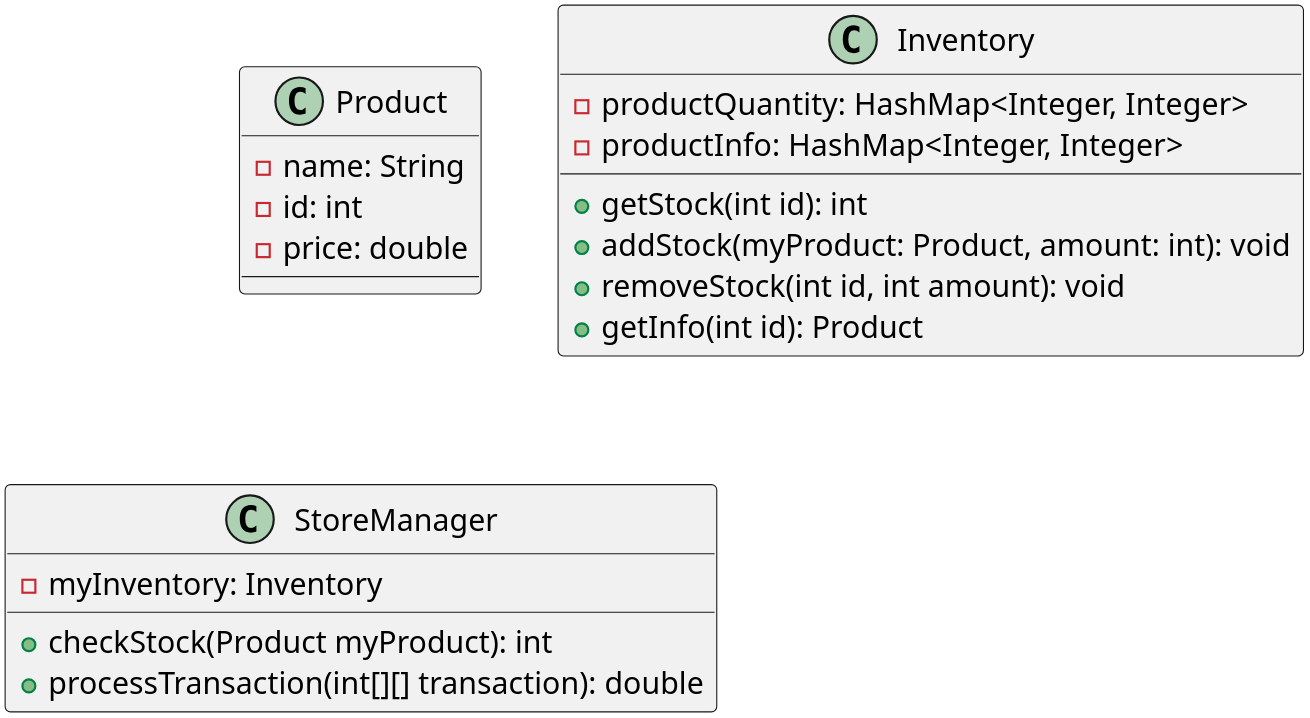
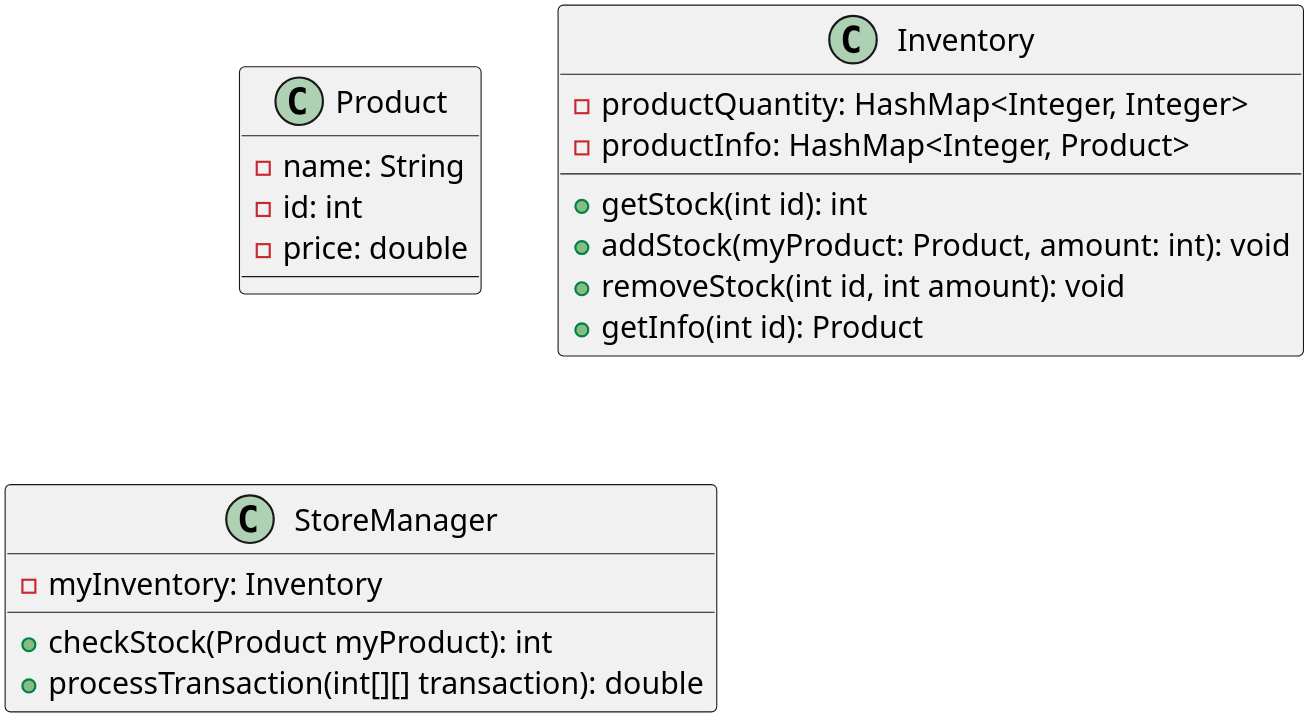
The diagram in UML.puml (ASpaceFrog/E-Commerce-App), drawn with PlantUML before and after one commit. The commit also changed 1 other file, not shown here.

Commit message:
fix UML typo

```diff
--- a/UML.puml
+++ b/UML.puml
@@ -1,28 +1,28 @@
 @startuml
 'https://plantuml.com/class-diagram
 scale 5
 
 class Product {
     -name: String
     -id: int
     -price: double
 }
 
 class Inventory {
     -productQuantity: HashMap<Integer, Integer>
-    -productInfo: HashMap<Integer, Integer>
+    -productInfo: HashMap<Integer, Product>
 
     +getStock(int id): int
     +addStock(myProduct: Product, amount: int): void
     +removeStock(int id, int amount): void
     +getInfo(int id): Product
 }
 
 class StoreManager{
     -myInventory: Inventory
 
     +checkStock(Product myProduct): int
     +processTransaction(int[][] transaction): double
 }
 
 @enduml
```
